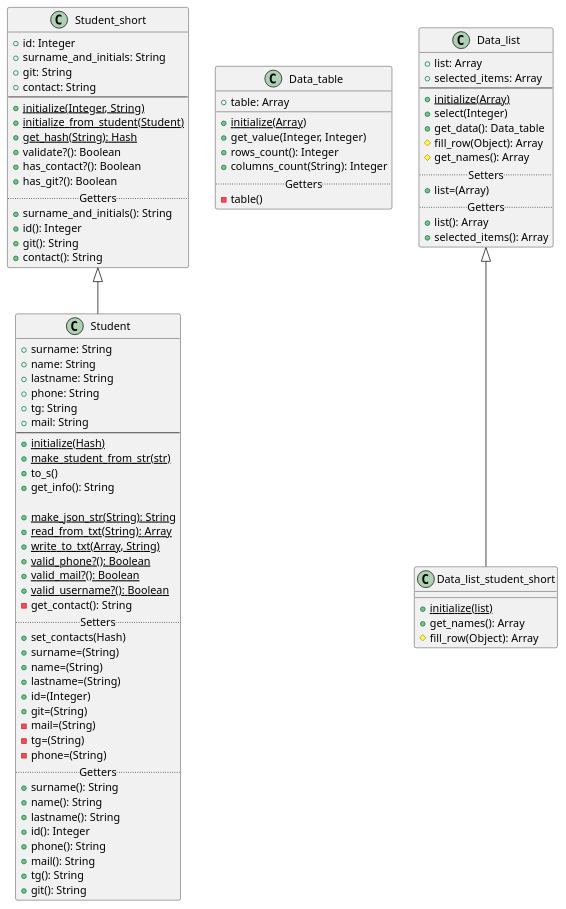
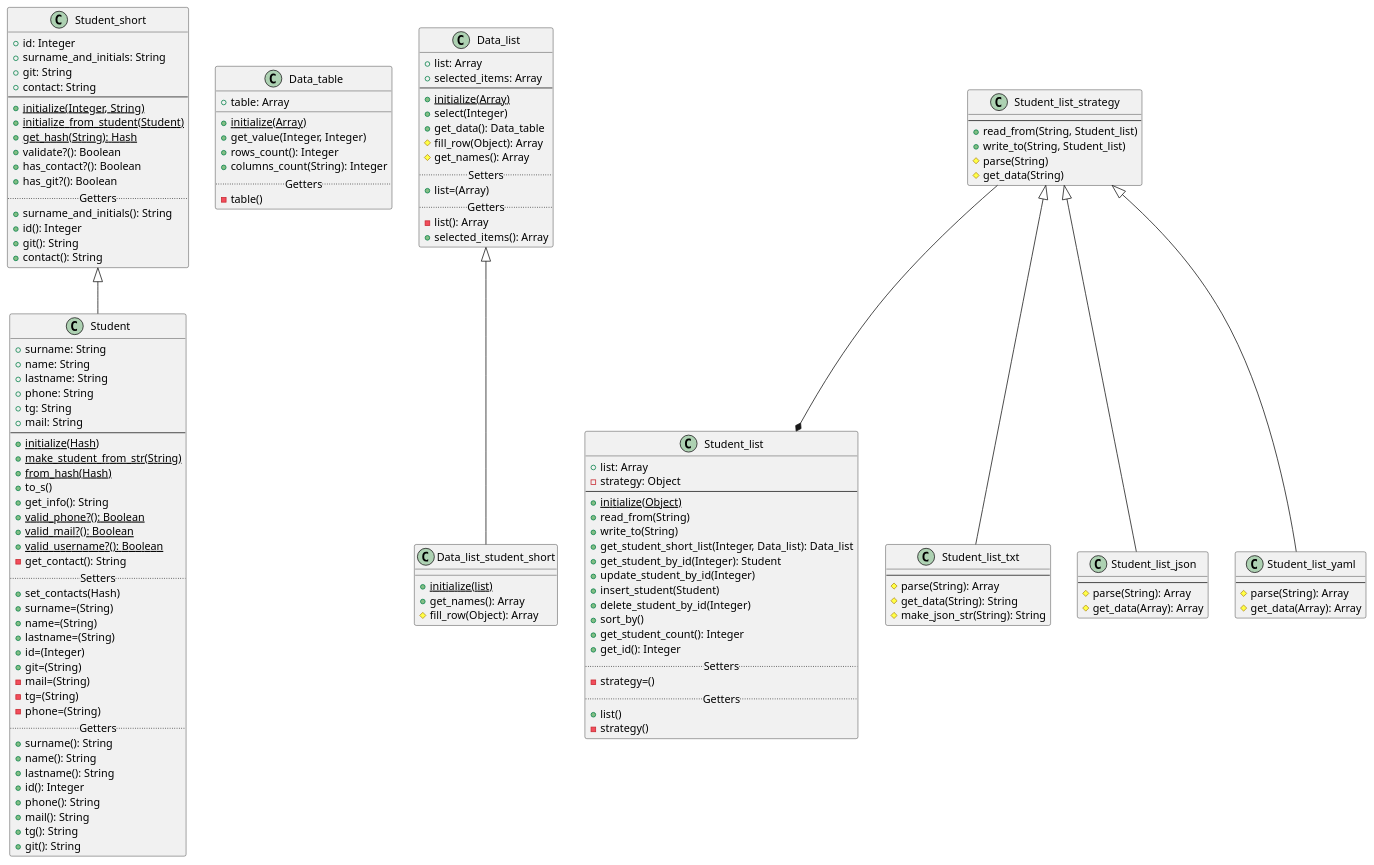
The diagram in Lab2/Diagrams/Student.puml (archipunkrockboy/Programming-patterns), drawn with PlantUML before and after one commit. The commit also changed 1 other file, not shown here.

Commit message:
обновил диаграмму классов

```diff
--- a/Lab2/Diagrams/Student.puml
+++ b/Lab2/Diagrams/Student.puml
@@ -1,97 +1,144 @@
 @startuml
     Class Student_short
     {
     +id: Integer
     +surname_and_initials: String
     +git: String
     +contact: String
     --
     +{static}initialize(Integer, String)
     +{static}initialize_from_student(Student)
     +{static}get_hash(String): Hash
     +validate?(): Boolean
     +has_contact?(): Boolean
     +has_git?(): Boolean
     ..Getters..
     +surname_and_initials(): String
     +id(): Integer
     +git(): String
     +contact(): String
     }
 
     Class Student extends Student_short
     {
     +surname: String
     +name: String
     +lastname: String
     +phone: String
     +tg: String
     +mail: String
     --
     +{static}initialize(Hash)
-    +{static}make_student_from_str(str)
+    +{static}make_student_from_str(String)
+    +{static}from_hash(Hash)
     +to_s()
     +get_info(): String
-
-    +{static}make_json_str(String): String
-    +{static}read_from_txt(String): Array
-    +{static}write_to_txt(Array, String)
     +{static}valid_phone?(): Boolean
     +{static}valid_mail?(): Boolean
     +{static}valid_username?(): Boolean
     -get_contact(): String
     .. Setters ..
     +set_contacts(Hash)
     +surname=(String)
     +name=(String)
     +lastname=(String)
     +id=(Integer)
     +git=(String)
     -mail=(String)
     -tg=(String)
     -phone=(String)
     .. Getters ..
     +surname(): String
     +name(): String
     +lastname(): String
     +id(): Integer
     +phone(): String
     +mail(): String
     +tg(): String
     +git(): String
     }
     class Data_table
     {
     +table: Array
     __
     +{static}initialize(Array)
     +get_value(Integer, Integer)
     +rows_count(): Integer
     +columns_count(String): Integer
     ..Getters..
     -table()
     }
     class Data_list
     {
     +list: Array
     +selected_items: Array
     --
     +{static}initialize(Array)
     +select(Integer)
     +get_data(): Data_table
     #fill_row(Object): Array
     #get_names(): Array
     ..Setters..
     +list=(Array)
     ..Getters..
-    +list(): Array
+    -list(): Array
     +selected_items(): Array
      }
     class Data_list_student_short extends Data_list
     {
     __
     +{static}initialize(list)
     +get_names(): Array
     #fill_row(Object): Array
     }
+    class Student_list
+    {
+    +list: Array
+    -strategy: Object
+    --
+    +{static}initialize(Object)
+    +read_from(String)
+    +write_to(String)
+    +get_student_short_list(Integer, Data_list): Data_list
+    +get_student_by_id(Integer): Student
+    +update_student_by_id(Integer)
+    +insert_student(Student)
+    +delete_student_by_id(Integer)
+    +sort_by()
+    +get_student_count(): Integer
+    +get_id(): Integer
+    ..Setters..
+    -strategy=()
+    ..Getters..
+    +list()
+    -strategy()
+    }
+    class Student_list_strategy
+    {
+    --
+    +read_from(String, Student_list)
+    +write_to(String, Student_list)
+    #parse(String)
+    #get_data(String)
+    }
+    class Student_list_txt extends Student_list_strategy
+    {
+    --
+    #parse(String): Array
+    #get_data(String): String
+    #make_json_str(String): String
+    }
+    class Student_list_json extends Student_list_strategy
+    {
+    --
+    #parse(String): Array
+    #get_data(Array): Array
+    }
+    class Student_list_yaml extends Student_list_strategy
+    {
+    --
+    #parse(String): Array
+    #get_data(Array): Array
+    }
+    Student_list_strategy --* Student_list
 @enduml
```
